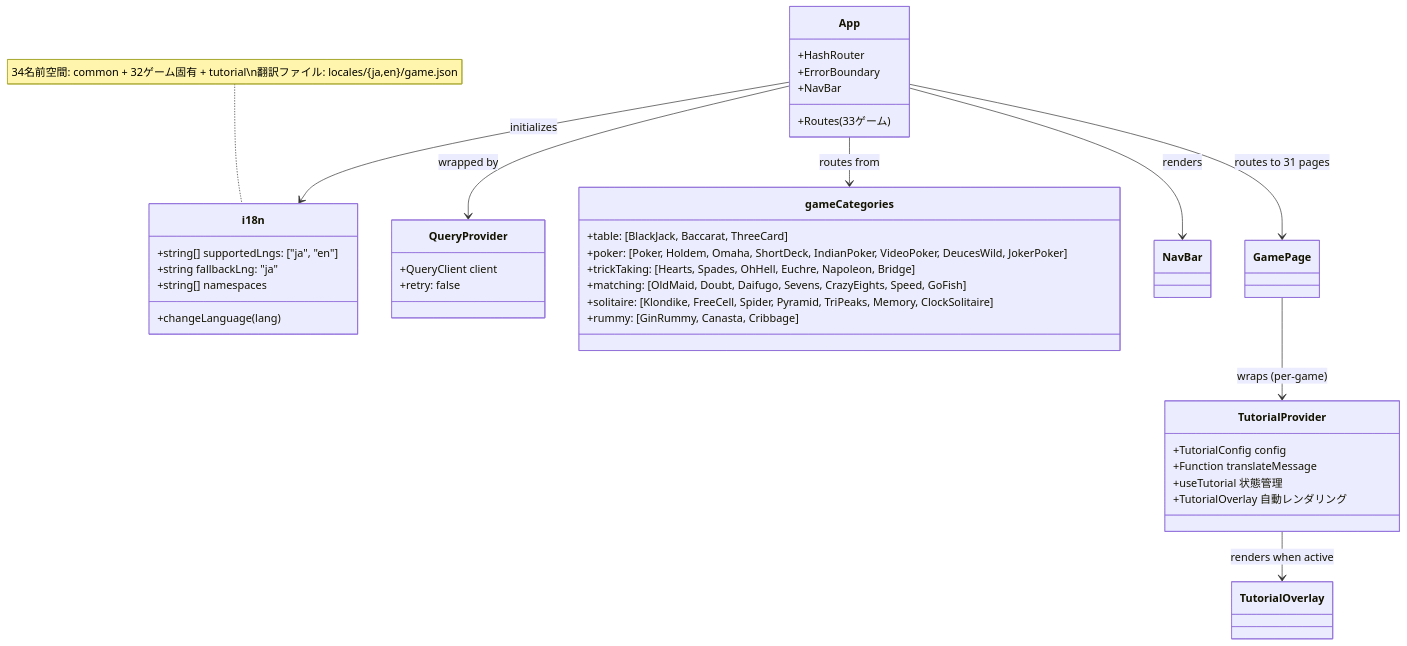
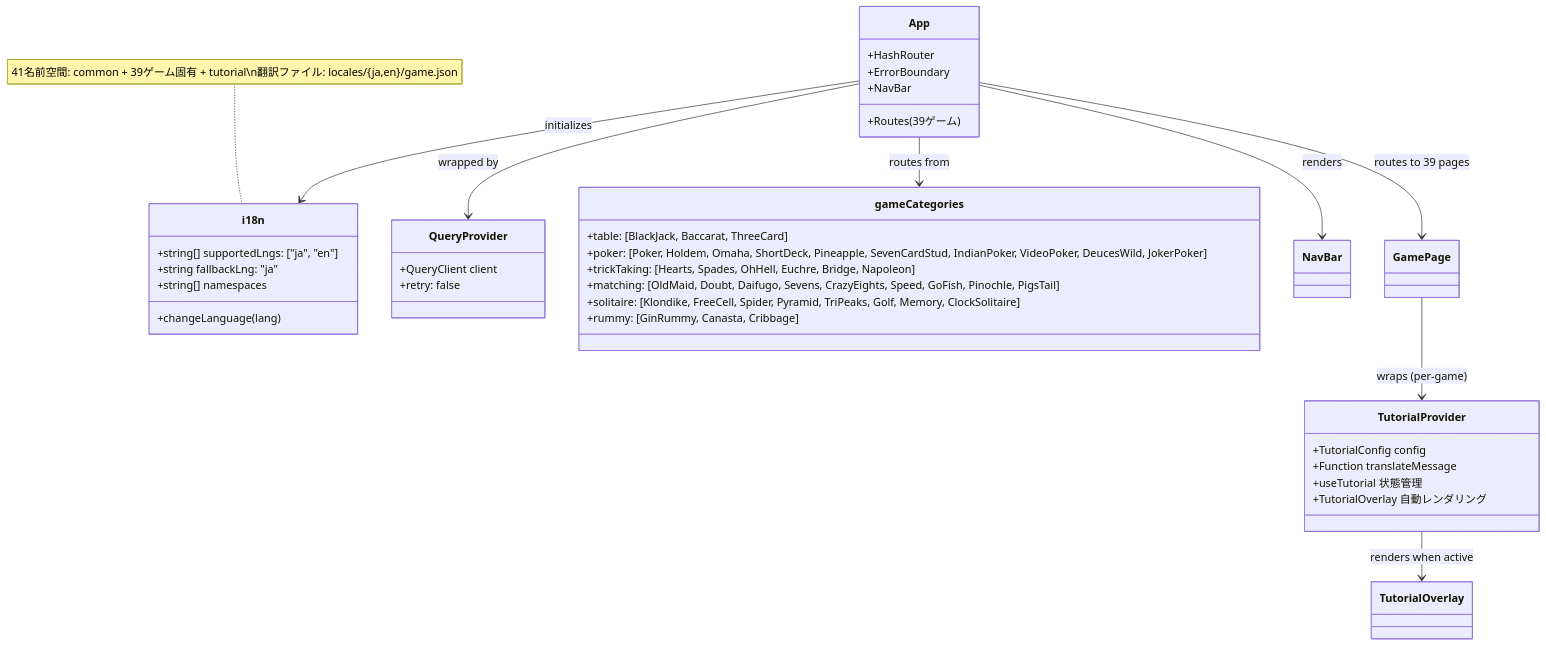
Before and after one commit to yuta-yoshinaga/go_trumpcards: the ninth of 31 diagrams in docs/design/frontend.md, drawn with Mermaid. The commit also changed other lines of this file and 5 other files, not shown here.

First line of the commit message:
docs: fix documentation drift across game lists, UML diagrams, and worker tables

````diff
--- a/docs/design/frontend.md
+++ b/docs/design/frontend.md
@@ -1447,47 +1460,47 @@
 ```mermaid
 classDiagram
     class i18n {
         +string[] supportedLngs: ["ja", "en"]
         +string fallbackLng: "ja"
         +string[] namespaces
         +changeLanguage(lang)
     }
 
     class QueryProvider {
         +QueryClient client
         +retry: false
     }
 
     class App {
         +HashRouter
         +ErrorBoundary
         +NavBar
-        +Routes (33ゲーム)
+        +Routes (39ゲーム)
     }
 
     class gameCategories {
         +table: [BlackJack, Baccarat, ThreeCard]
-        +poker: [Poker, Holdem, Omaha, ShortDeck, IndianPoker, VideoPoker, DeucesWild, JokerPoker]
-        +trickTaking: [Hearts, Spades, OhHell, Euchre, Napoleon, Bridge]
-        +matching: [OldMaid, Doubt, Daifugo, Sevens, CrazyEights, Speed, GoFish]
-        +solitaire: [Klondike, FreeCell, Spider, Pyramid, TriPeaks, Memory, ClockSolitaire]
+        +poker: [Poker, Holdem, Omaha, ShortDeck, Pineapple, SevenCardStud, IndianPoker, VideoPoker, DeucesWild, JokerPoker]
+        +trickTaking: [Hearts, Spades, OhHell, Euchre, Bridge, Napoleon]
+        +matching: [OldMaid, Doubt, Daifugo, Sevens, CrazyEights, Speed, GoFish, Pinochle, PigsTail]
+        +solitaire: [Klondike, FreeCell, Spider, Pyramid, TriPeaks, Golf, Memory, ClockSolitaire]
         +rummy: [GinRummy, Canasta, Cribbage]
     }
 
     class TutorialProvider {
         +TutorialConfig config
         +Function translateMessage
         +useTutorial 状態管理
         +TutorialOverlay 自動レンダリング
     }
 
     App --> QueryProvider : wrapped by
     App --> i18n : initializes
     App --> gameCategories : routes from
     App --> NavBar : renders
-    App --> GamePage : routes to 31 pages
+    App --> GamePage : routes to 39 pages
     GamePage --> TutorialProvider : wraps (per-game)
     TutorialProvider --> TutorialOverlay : renders when active
 
-    note for i18n "34名前空間: common + 32ゲーム固有 + tutorial\n翻訳ファイル: locales/{ja,en}/game.json"
+    note for i18n "41名前空間: common + 39ゲーム固有 + tutorial\n翻訳ファイル: locales/{ja,en}/game.json"
 ```
````
